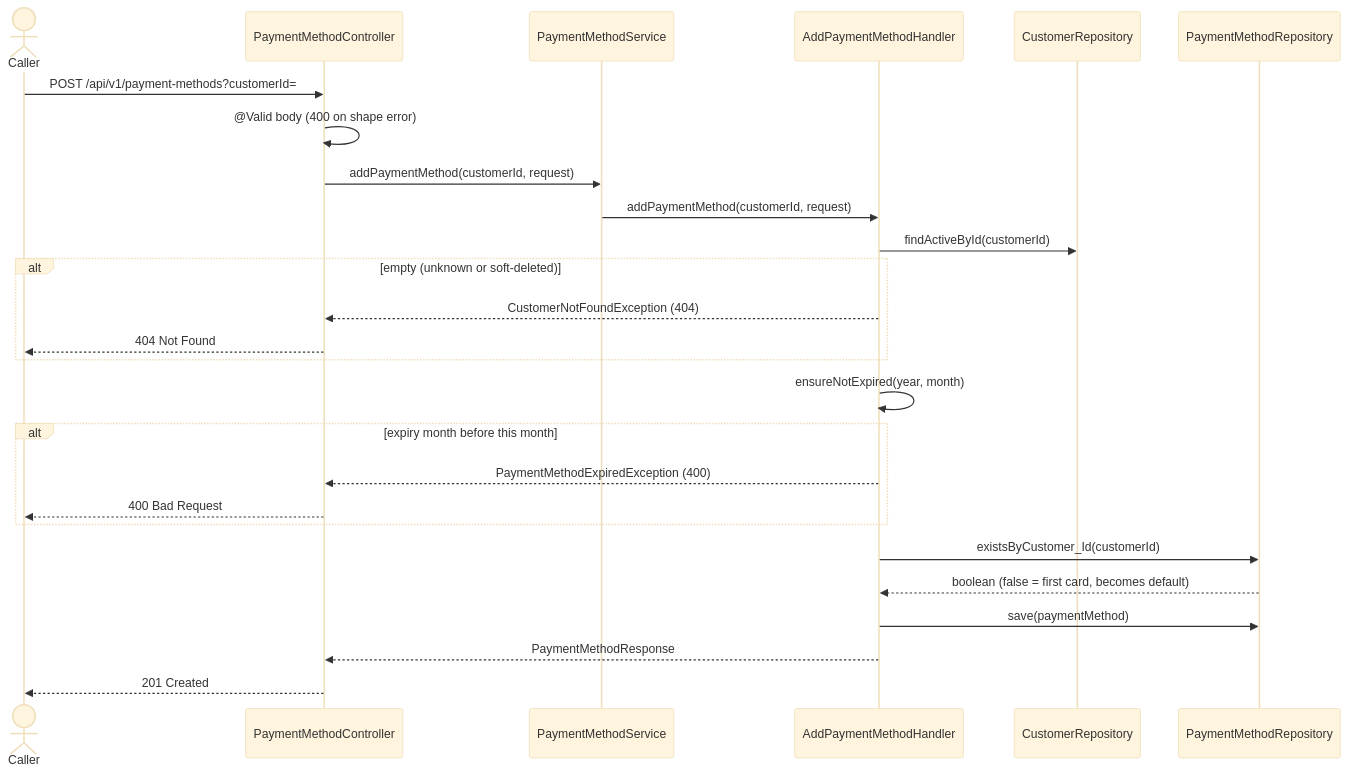
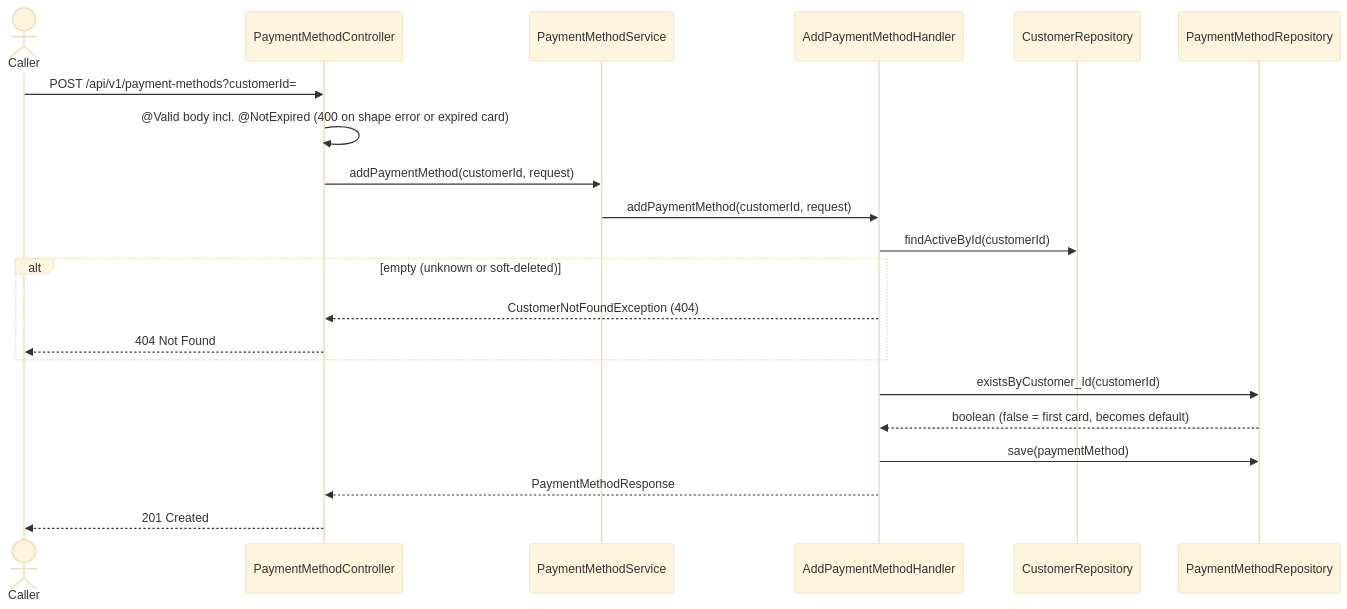
One commit to msmohammed0077-cmd/mentorship-restaurant changed the first of 2 diagrams in restaurant/.docs/use-cases/customer-management/payment-methods/payment-methods.md. Above: the diagram before and after it, drawn with Mermaid (base theme). The commit also changed other lines of this file and 5 other files, not shown here.

First line of the commit message:
Validate card expiry on the request, not in the handler

````diff
--- a/restaurant/.docs/use-cases/customer-management/payment-methods/payment-methods.md
+++ b/restaurant/.docs/use-cases/customer-management/payment-methods/payment-methods.md
@@ -201,29 +242,24 @@
 ```mermaid
 sequenceDiagram
     actor Caller
     participant C as PaymentMethodController
     participant S as PaymentMethodService
     participant H as AddPaymentMethodHandler
     participant CR as CustomerRepository
     participant PR as PaymentMethodRepository
 
     Caller->>C: POST /api/v1/payment-methods?customerId=
-    C->>C: @Valid body (400 on shape error)
+    C->>C: @Valid body incl. @NotExpired (400 on shape error or expired card)
     C->>S: addPaymentMethod(customerId, request)
     S->>H: addPaymentMethod(customerId, request)
     H->>CR: findActiveById(customerId)
     alt empty (unknown or soft-deleted)
         H-->>C: CustomerNotFoundException (404)
         C-->>Caller: 404 Not Found
     end
-    H->>H: ensureNotExpired(year, month)
-    alt expiry month before this month
-        H-->>C: PaymentMethodExpiredException (400)
-        C-->>Caller: 400 Bad Request
-    end
     H->>PR: existsByCustomer_Id(customerId)
     PR-->>H: boolean (false = first card, becomes default)
     H->>PR: save(paymentMethod)
     H-->>C: PaymentMethodResponse
     C-->>Caller: 201 Created
 ```
````
